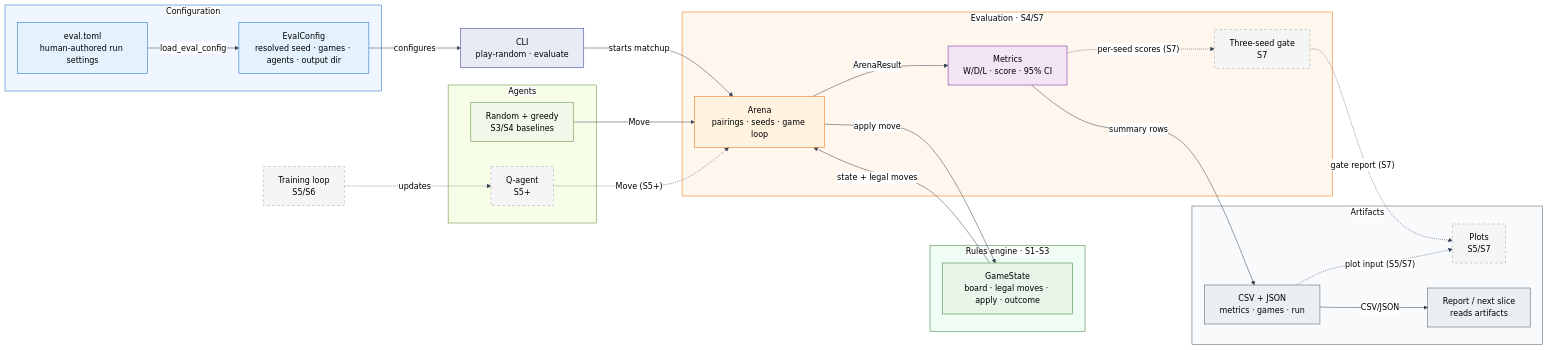
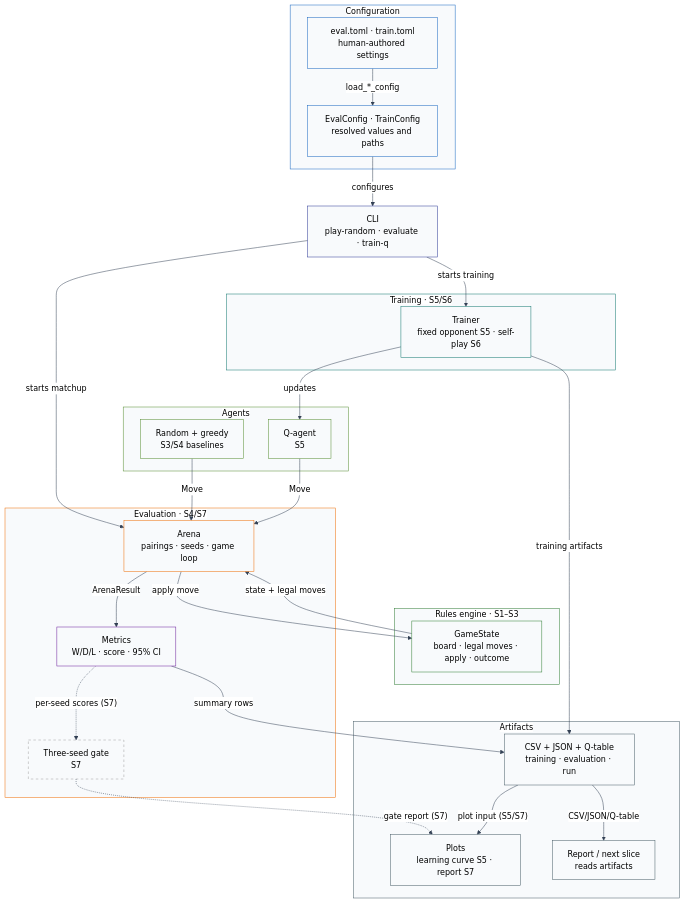
One commit to till75/RLCheckers changed the diagram in docs/architecture.md. Above: the diagram before and after it, drawn with Mermaid. The commit also changed other lines of this file and 5 other files, not shown here.

````diff
--- a/docs/architecture.md
+++ b/docs/architecture.md
@@ -24,71 +28,79 @@
 ```mermaid
 %%{init: {"theme": "base", "themeVariables": {"darkMode": false, "primaryTextColor": "#000000", "secondaryTextColor": "#000000", "tertiaryTextColor": "#000000", "textColor": "#000000", "lineColor": "#334155", "edgeLabelBackground": "#ffffff", "clusterBkg": "#f8fafc", "clusterBorder": "#94a3b8"}}}%%
-flowchart LR
+flowchart TB
   subgraph Config["<span style='background-color:#ffffff'><span style='color:#000000'>Configuration</span></span>"]
-    TOML["<span style='color:#000000'>eval.toml<br/>human-authored run settings</span>"]
-    CFG["<span style='color:#000000'>EvalConfig<br/>resolved seed · games · agents · output dir</span>"]
-    TOML -->|"<span style='background-color:#ffffff'><span style='color:#000000'>load_eval_config</span></span>"| CFG
+    TOML["<span style='color:#000000'>eval.toml · train.toml<br/>human-authored settings</span>"]
+    CFG["<span style='color:#000000'>EvalConfig · TrainConfig<br/>resolved values and paths</span>"]
+    TOML -->|"<span style='background-color:#ffffff'><span style='color:#000000'>load_*_config</span></span>"| CFG
   end
 
   subgraph Rules["<span style='background-color:#ffffff'><span style='color:#000000'>Rules engine · S1–S3</span></span>"]
     STATE["<span style='color:#000000'>GameState<br/>board · legal moves · apply · outcome</span>"]
   end
 
   subgraph Agents["<span style='background-color:#ffffff'><span style='color:#000000'>Agents</span></span>"]
     BASE["<span style='color:#000000'>Random + greedy<br/>S3/S4 baselines</span>"]
-    Q["<span style='color:#000000'>Q-agent<br/>S5+</span>"]
+    Q["<span style='color:#000000'>Q-agent<br/>S5</span>"]
+  end
+
+  subgraph Training["<span style='background-color:#ffffff'><span style='color:#000000'>Training · S5/S6</span></span>"]
+    TRAIN["<span style='color:#000000'>Trainer<br/>fixed opponent S5 · self-play S6</span>"]
   end
 
   subgraph Evaluation["<span style='background-color:#ffffff'><span style='color:#000000'>Evaluation · S4/S7</span></span>"]
     ARENA["<span style='color:#000000'>Arena<br/>pairings · seeds · game loop</span>"]
     METRICS["<span style='color:#000000'>Metrics<br/>W/D/L · score · 95% CI</span>"]
     GATE["<span style='color:#000000'>Three-seed gate<br/>S7</span>"]
   end
 
   subgraph Outputs["<span style='background-color:#ffffff'><span style='color:#000000'>Artifacts</span></span>"]
-    FILES["<span style='color:#000000'>CSV + JSON<br/>metrics · games · run</span>"]
-    PLOTS["<span style='color:#000000'>Plots<br/>S5/S7</span>"]
+    FILES["<span style='color:#000000'>CSV + JSON + Q-table<br/>training · evaluation · run</span>"]
+    PLOTS["<span style='color:#000000'>Plots<br/>learning curve S5 · report S7</span>"]
     CONSUMER["<span style='color:#000000'>Report / next slice<br/>reads artifacts</span>"]
   end
 
-  CLI["<span style='color:#000000'>CLI<br/>play-random · evaluate</span>"]
-  TRAIN["<span style='color:#000000'>Training loop<br/>S5/S6</span>"]
+  CLI["<span style='color:#000000'>CLI<br/>play-random · evaluate · train-q</span>"]
 
   CFG -->|"<span style='background-color:#ffffff'><span style='color:#000000'>configures</span></span>"| CLI
   CLI -->|"<span style='background-color:#ffffff'><span style='color:#000000'>starts matchup</span></span>"| ARENA
+  CLI -->|"<span style='background-color:#ffffff'><span style='color:#000000'>starts training</span></span>"| TRAIN
   STATE -->|"<span style='background-color:#ffffff'><span style='color:#000000'>state + legal moves</span></span>"| ARENA
   ARENA -->|"<span style='background-color:#ffffff'><span style='color:#000000'>apply move</span></span>"| STATE
   BASE -->|"<span style='background-color:#ffffff'><span style='color:#000000'>Move</span></span>"| ARENA
-  Q -.->|"<span style='background-color:#ffffff'><span style='color:#000000'>Move (S5+)</span></span>"| ARENA
-  TRAIN -.->|"<span style='background-color:#ffffff'><span style='color:#000000'>updates</span></span>"| Q
+  Q -->|"<span style='background-color:#ffffff'><span style='color:#000000'>Move</span></span>"| ARENA
+  TRAIN -->|"<span style='background-color:#ffffff'><span style='color:#000000'>updates</span></span>"| Q
   ARENA -->|"<span style='background-color:#ffffff'><span style='color:#000000'>ArenaResult</span></span>"| METRICS
   METRICS -->|"<span style='background-color:#ffffff'><span style='color:#000000'>summary rows</span></span>"| FILES
+  TRAIN -->|"<span style='background-color:#ffffff'><span style='color:#000000'>training artifacts</span></span>"| FILES
   METRICS -.->|"<span style='background-color:#ffffff'><span style='color:#000000'>per-seed scores (S7)</span></span>"| GATE
   GATE -.->|"<span style='background-color:#ffffff'><span style='color:#000000'>gate report (S7)</span></span>"| PLOTS
-  FILES -.->|"<span style='background-color:#ffffff'><span style='color:#000000'>plot input (S5/S7)</span></span>"| PLOTS
-  FILES -->|"<span style='background-color:#ffffff'><span style='color:#000000'>CSV/JSON</span></span>"| CONSUMER
+  FILES -->|"<span style='background-color:#ffffff'><span style='color:#000000'>plot input (S5/S7)</span></span>"| PLOTS
+  FILES -->|"<span style='background-color:#ffffff'><span style='color:#000000'>CSV/JSON/Q-table</span></span>"| CONSUMER
 
-  style Config fill:#eff6ff,stroke:#1565c0
-  style Rules fill:#f0fdf4,stroke:#2e7d32
-  style Agents fill:#f7fee7,stroke:#558b2f
-  style Evaluation fill:#fff7ed,stroke:#ef6c00
+  style Config fill:#f8fafc,stroke:#1565c0
+  style Rules fill:#f8fafc,stroke:#2e7d32
+  style Agents fill:#f8fafc,stroke:#558b2f
+  style Training fill:#f8fafc,stroke:#0f766e
+  style Evaluation fill:#f8fafc,stroke:#ef6c00
   style Outputs fill:#f8fafc,stroke:#455a64
 
-  classDef config fill:#e3f2fd,stroke:#1565c0,color:#000000
-  classDef cli fill:#e8eaf6,stroke:#283593,color:#000000
-  classDef rules fill:#e8f5e9,stroke:#2e7d32,color:#000000
-  classDef agents fill:#f1f8e9,stroke:#558b2f,color:#000000
-  classDef eval fill:#fff3e0,stroke:#ef6c00,color:#000000
-  classDef metrics fill:#f3e5f5,stroke:#6a1b9a,color:#000000
-  classDef output fill:#eceff1,stroke:#455a64,color:#000000
-  classDef future fill:#f5f5f5,stroke:#9e9e9e,color:#000000,stroke-dasharray: 5 5
+  classDef config fill:#f8fafc,stroke:#1565c0,color:#000000
+  classDef cli fill:#f8fafc,stroke:#283593,color:#000000
+  classDef rules fill:#f8fafc,stroke:#2e7d32,color:#000000
+  classDef agents fill:#f8fafc,stroke:#558b2f,color:#000000
+  classDef train fill:#f8fafc,stroke:#0f766e,color:#000000
+  classDef eval fill:#f8fafc,stroke:#ef6c00,color:#000000
+  classDef metrics fill:#f8fafc,stroke:#6a1b9a,color:#000000
+  classDef output fill:#f8fafc,stroke:#455a64,color:#000000
+  classDef future fill:#f8fafc,stroke:#9e9e9e,color:#000000,stroke-dasharray: 5 5
 
   class TOML,CFG config
   class CLI cli
   class STATE rules
-  class BASE agents
+  class BASE,Q agents
+  class TRAIN train
   class ARENA eval
   class METRICS metrics
-  class FILES,CONSUMER output
-  class Q,GATE,PLOTS,TRAIN future
+  class FILES,PLOTS,CONSUMER output
+  class GATE future
 ```
````
